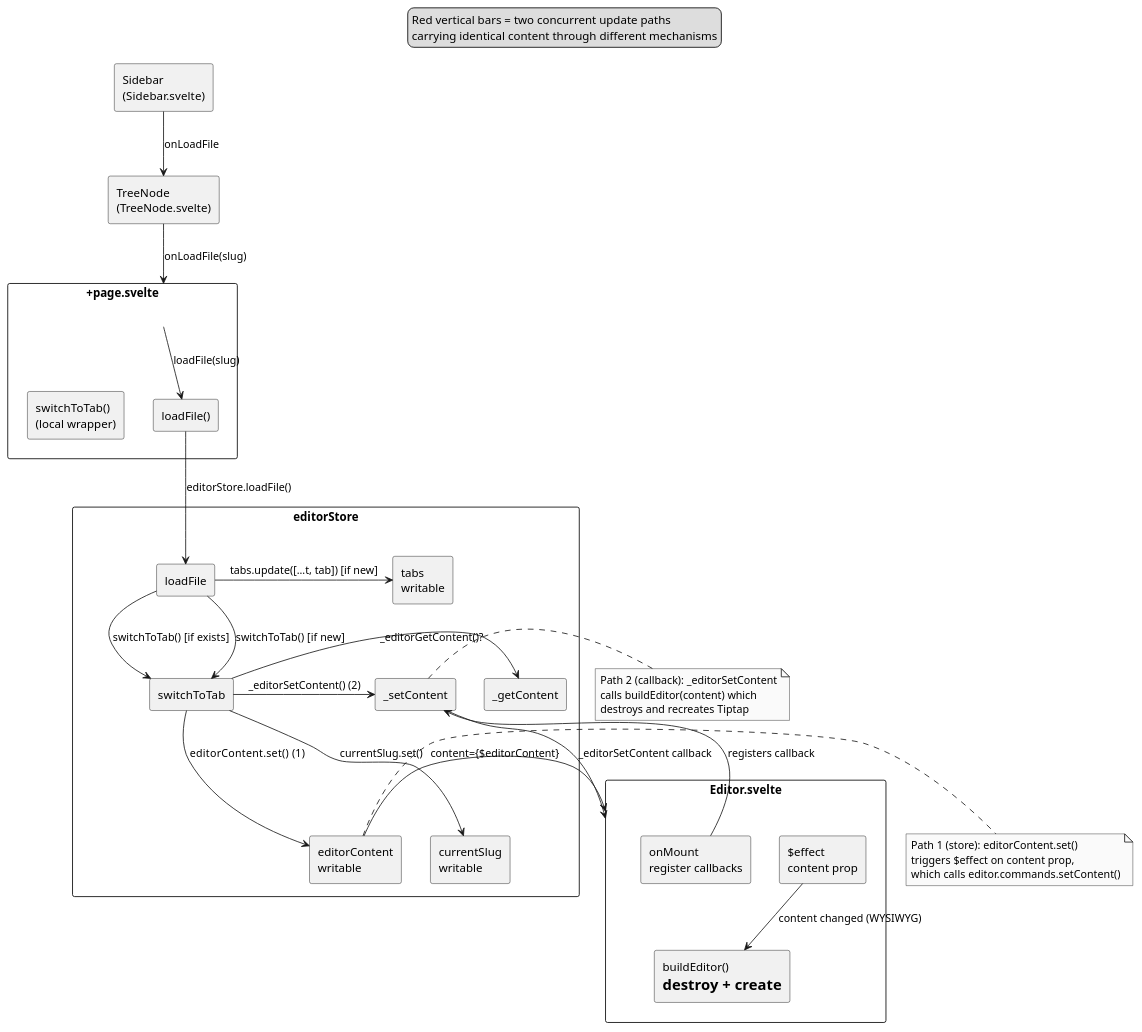
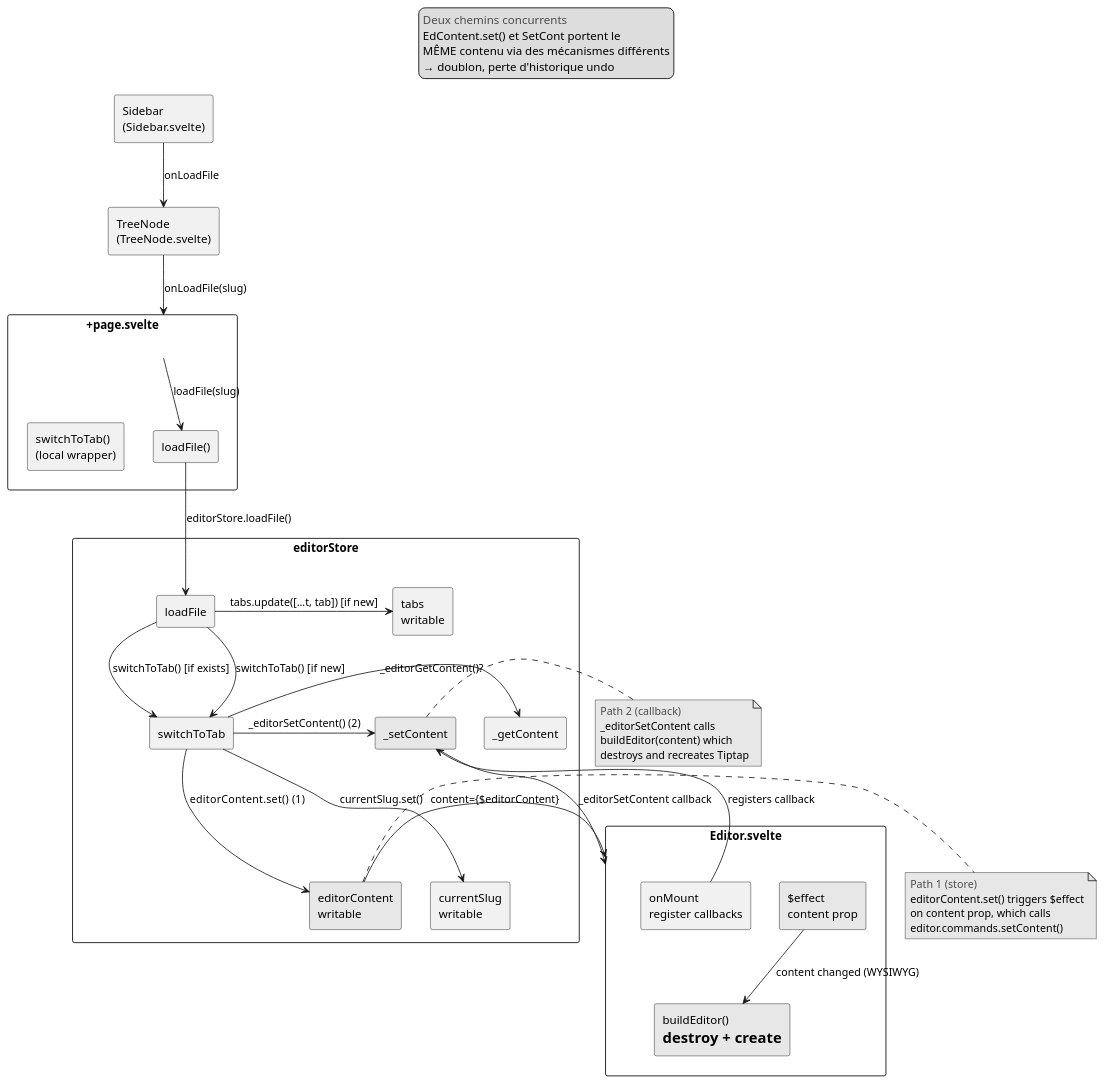
Before and after one commit to patricesos/hugo-cms: the diagram in docs/architecture/editor-dataflow-as-is.puml, drawn with PlantUML. The commit also changed 10 other files, not shown here.

First line of the commit message:
docs(architecture): mise a jour des diagrammes avec couleurs, fences plantuml, et ARCHITECTURE.md

```diff
--- a/docs/architecture/editor-dataflow-as-is.puml
+++ b/docs/architecture/editor-dataflow-as-is.puml
@@ -1,62 +1,66 @@
 @startuml
 skinparam monochrome true
 skinparam rectangle {
   BorderColor black
   FontColor black
 }
 
 rectangle "Sidebar\n(Sidebar.svelte)" as Sidebar
 rectangle "TreeNode\n(TreeNode.svelte)" as TreeNode
 rectangle "+page.svelte" as Page {
   rectangle "loadFile()" as LoadFile
   rectangle "switchToTab()\n(local wrapper)" as LocalSwitch
 }
 rectangle "editorStore" as Store {
   rectangle "tabs\nwritable" as Tabs
   rectangle "currentSlug\nwritable" as CurSlug
-  rectangle "editorContent\nwritable" as EdContent
+  rectangle "editorContent\nwritable" as EdContent #FFDDDD
   rectangle "loadFile" as StoreLoad
   rectangle "switchToTab" as StoreSwitch
   rectangle "_getContent" as GetCont
-  rectangle "_setContent" as SetCont
+  rectangle "_setContent" as SetCont #FFDDDD
 }
 rectangle "Editor.svelte" as Editor {
-  rectangle "$effect\ncontent prop" as EffContent
-  rectangle "buildEditor()\n= destroy + create" as BuildEd
+  rectangle "$effect\ncontent prop" as EffContent #FFDDDD
+  rectangle "buildEditor()\n= destroy + create" as BuildEd #FFDDDD
   rectangle "onMount\nregister callbacks" as OnMount
 }
 
 Sidebar --> TreeNode : onLoadFile
 TreeNode --> Page : onLoadFile(slug)
 Page --> LoadFile : loadFile(slug)
 LoadFile --> StoreLoad : editorStore.loadFile()
 StoreLoad --> StoreSwitch : switchToTab() [if exists]
 StoreLoad -right-> Tabs : tabs.update([...t, tab]) [if new]
 StoreLoad --> StoreSwitch : switchToTab() [if new]
 StoreSwitch -right-> GetCont : _editorGetContent()?
 StoreSwitch --> CurSlug : currentSlug.set()
 StoreSwitch --> EdContent : editorContent.set()   (1)
 StoreSwitch -right-> SetCont : _editorSetContent() (2)
 EdContent -down-> Editor : content={$editorContent}
 EffContent --> BuildEd : content changed (WYSIWYG)
 SetCont -down-> Editor : _editorSetContent callback
 OnMount --> SetCont : registers callback
 
-note right of EdContent
-  Path 1 (store): editorContent.set()
-  triggers $effect on content prop,
-  which calls editor.commands.setContent()
+note right of EdContent #FFDDDD
+  <color:red><font:bold>Path 1 (store)</font></color>
+  editorContent.set() triggers $effect
+  on content prop, which calls
+  editor.commands.setContent()
 end note
 
-note right of SetCont
-  Path 2 (callback): _editorSetContent
-  calls buildEditor(content) which
+note right of SetCont #FFDDDD
+  <color:red><font:bold>Path 2 (callback)</font></color>
+  _editorSetContent calls
+  buildEditor(content) which
   destroys and recreates Tiptap
 end note
 
 legend top
-  Red vertical bars = two concurrent update paths
-  carrying identical content through different mechanisms
+  <color:red><font:bold>Deux chemins concurrents</font></color>
+  EdContent.set() et SetCont portent le
+  MÊME contenu via des mécanismes différents
+  → doublon, perte d'historique undo
 endlegend
 
 @enduml
```
